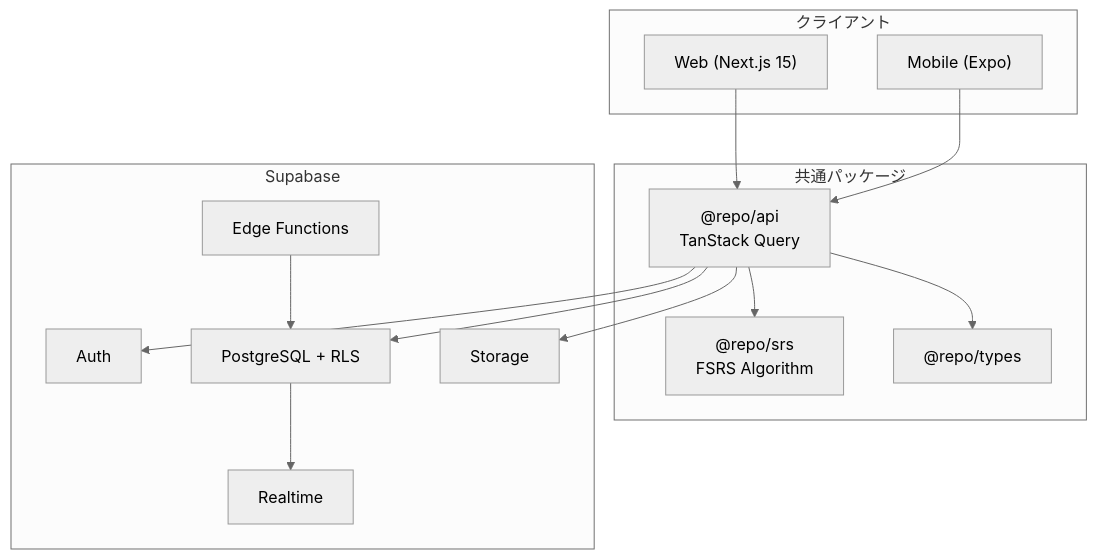
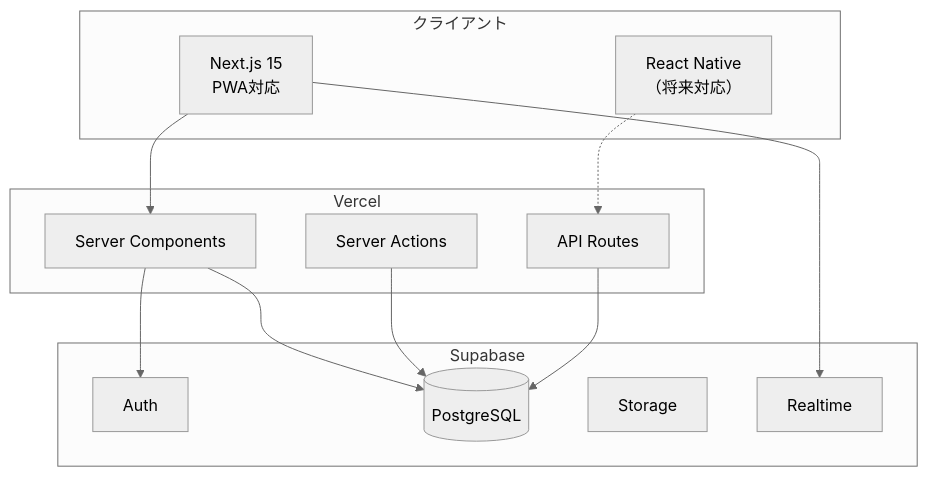
The first of 6 diagrams in docs/requirements/architecture.md (shinji-hayamizu/ReSave), drawn with Mermaid (neutral theme) before and after one commit. The commit also changed other lines of this file and 10 other files, not shown here.

````diff
--- a/docs/requirements/architecture.md
+++ b/docs/requirements/architecture.md
@@ -10,31 +12,28 @@
 ```mermaid
-graph TB
+flowchart TB
     subgraph Client["クライアント"]
-        Web["Web (Next.js 15)"]
-        Mobile["Mobile (Expo)"]
+        Web["Next.js 15<br/>PWA対応"]
+        Mobile["React Native<br/>（将来対応）"]
     end
 
-    subgraph Shared["共通パッケージ"]
-        API["@repo/api<br/>TanStack Query"]
-        SRS["@repo/srs<br/>FSRS Algorithm"]
-        Types["@repo/types"]
+    subgraph Vercel["Vercel"]
+        SSR["Server Components"]
+        API["API Routes"]
+        Actions["Server Actions"]
     end
 
     subgraph Supabase["Supabase"]
         Auth["Auth"]
-        DB["PostgreSQL + RLS"]
+        DB[("PostgreSQL")]
         Storage["Storage"]
         Realtime["Realtime"]
-        Edge["Edge Functions"]
     end
 
-    Web --> API
-    Mobile --> API
-    API --> SRS
-    API --> Types
-    API --> Auth
+    Web --> SSR
+    Mobile -.-> API
+    SSR --> Auth
+    SSR --> DB
+    Actions --> DB
     API --> DB
-    API --> Storage
-    DB --> Realtime
-    Edge --> DB
+    Web --> Realtime
 ```
````
